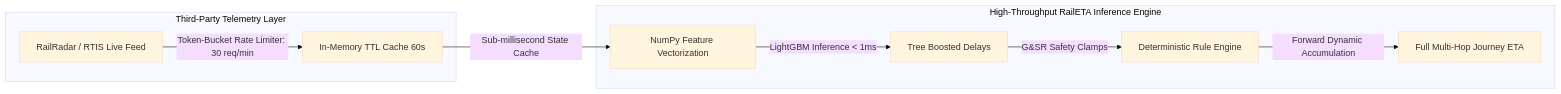
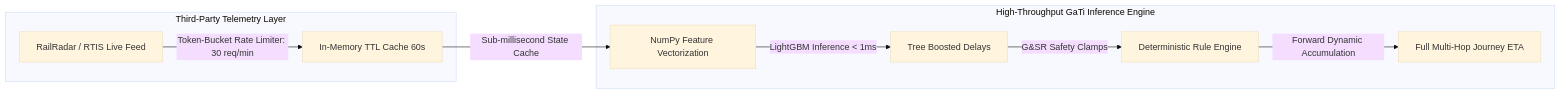
The diagram in docs/scalability_report.md (ShresthSingh01/ETA), drawn with Mermaid (base theme) before and after one commit. The commit also changed other lines of this file and 39 other files, not shown here.

````diff
--- a/docs/scalability_report.md
+++ b/docs/scalability_report.md
@@ -13,12 +13,12 @@
 ```mermaid
 graph LR
     subgraph Third-Party Telemetry Layer
         A[RailRadar / RTIS Live Feed] -->|Token-Bucket Rate Limiter: 30 req/min| B[In-Memory TTL Cache 60s]
     end
-    subgraph High-Throughput RailETA Inference Engine
+    subgraph High-Throughput GaTi Inference Engine
         B -->|Sub-millisecond State Cache| C[NumPy Feature Vectorization]
         C -->|LightGBM Inference < 1ms| D[Tree Boosted Delays]
         D -->|G&SR Safety Clamps| E[Deterministic Rule Engine]
         E -->|Forward Dynamic Accumulation| F[Full Multi-Hop Journey ETA]
     end
 ```
````
